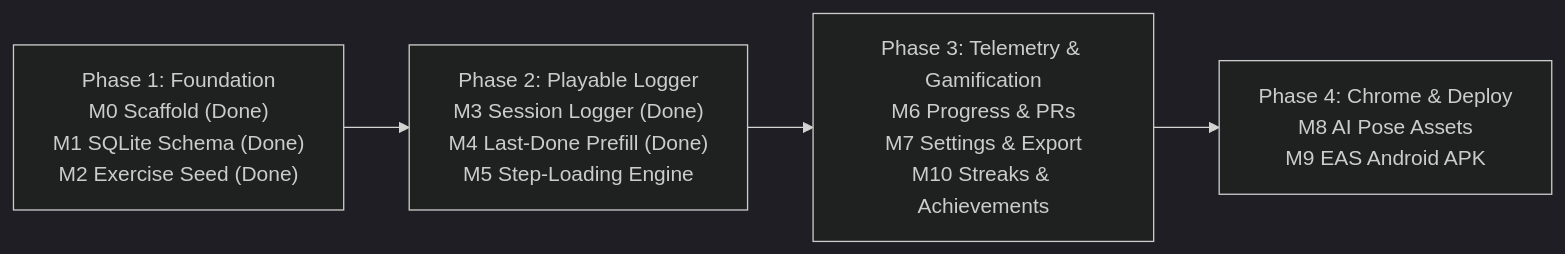
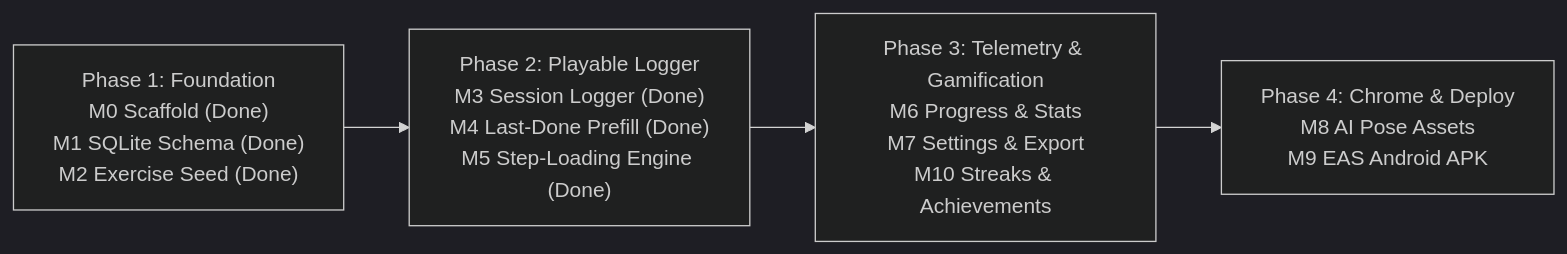
One commit to ccmueller355/shadowtrain changed the diagram in docs/index.md. Above: the diagram before and after it, drawn with Mermaid (dark theme). The commit also changed other lines of this file and 7 other files, not shown here.

````diff
--- a/docs/index.md
+++ b/docs/index.md
@@ -45,6 +45,6 @@
 ```mermaid
 flowchart LR
-  P1["Phase 1: Foundation\nM0 Scaffold (Done)\nM1 SQLite Schema (Done)\nM2 Exercise Seed (Done)"] --> P2["Phase 2: Playable Logger\nM3 Session Logger (Done)\nM4 Last-Done Prefill (Done)\nM5 Step-Loading Engine"]
-  P2 --> P3["Phase 3: Telemetry & Gamification\nM6 Progress & PRs\nM7 Settings & Export\nM10 Streaks & Achievements"]
+  P1["Phase 1: Foundation\nM0 Scaffold (Done)\nM1 SQLite Schema (Done)\nM2 Exercise Seed (Done)"] --> P2["Phase 2: Playable Logger\nM3 Session Logger (Done)\nM4 Last-Done Prefill (Done)\nM5 Step-Loading Engine (Done)"]
+  P2 --> P3["Phase 3: Telemetry & Gamification\nM6 Progress & Stats\nM7 Settings & Export\nM10 Streaks & Achievements"]
   P3 --> P4["Phase 4: Chrome & Deploy\nM8 AI Pose Assets\nM9 EAS Android APK"]
 ```
````
